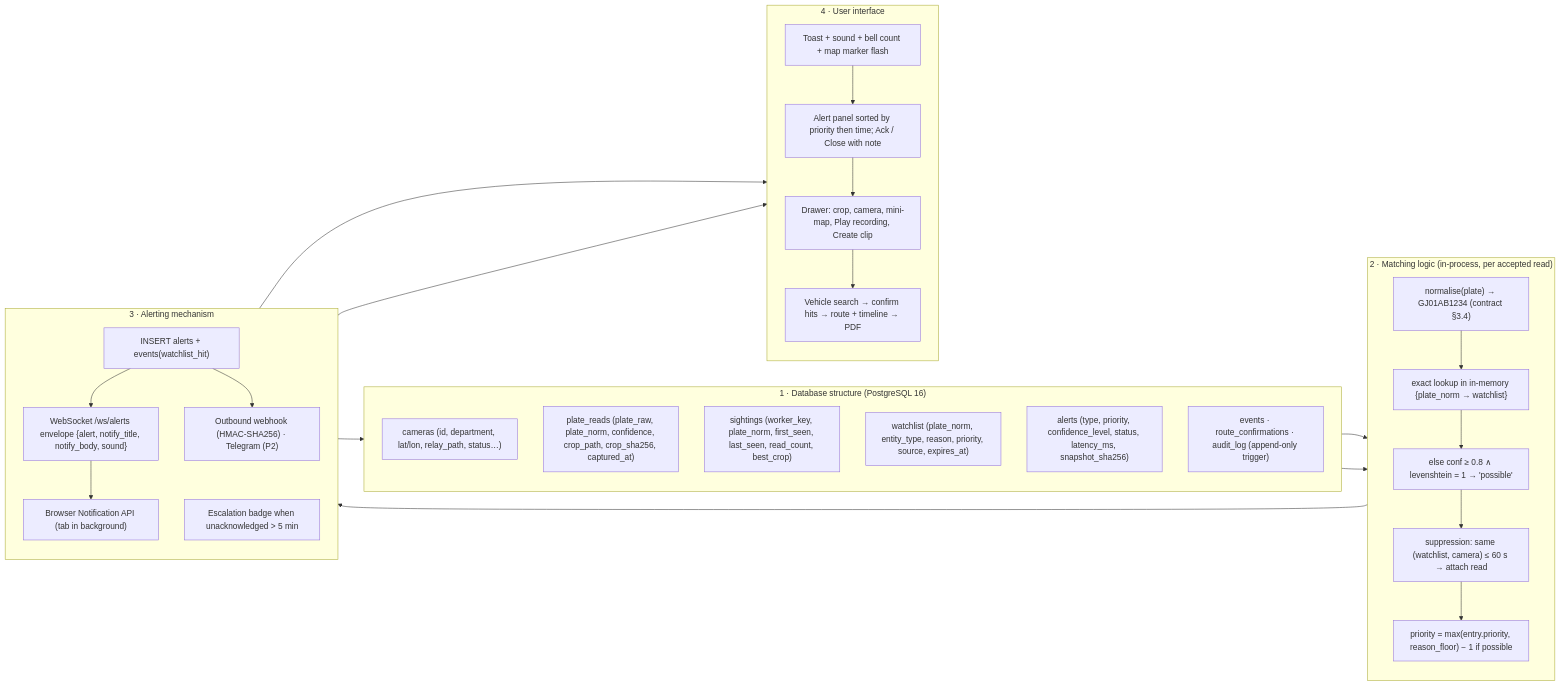
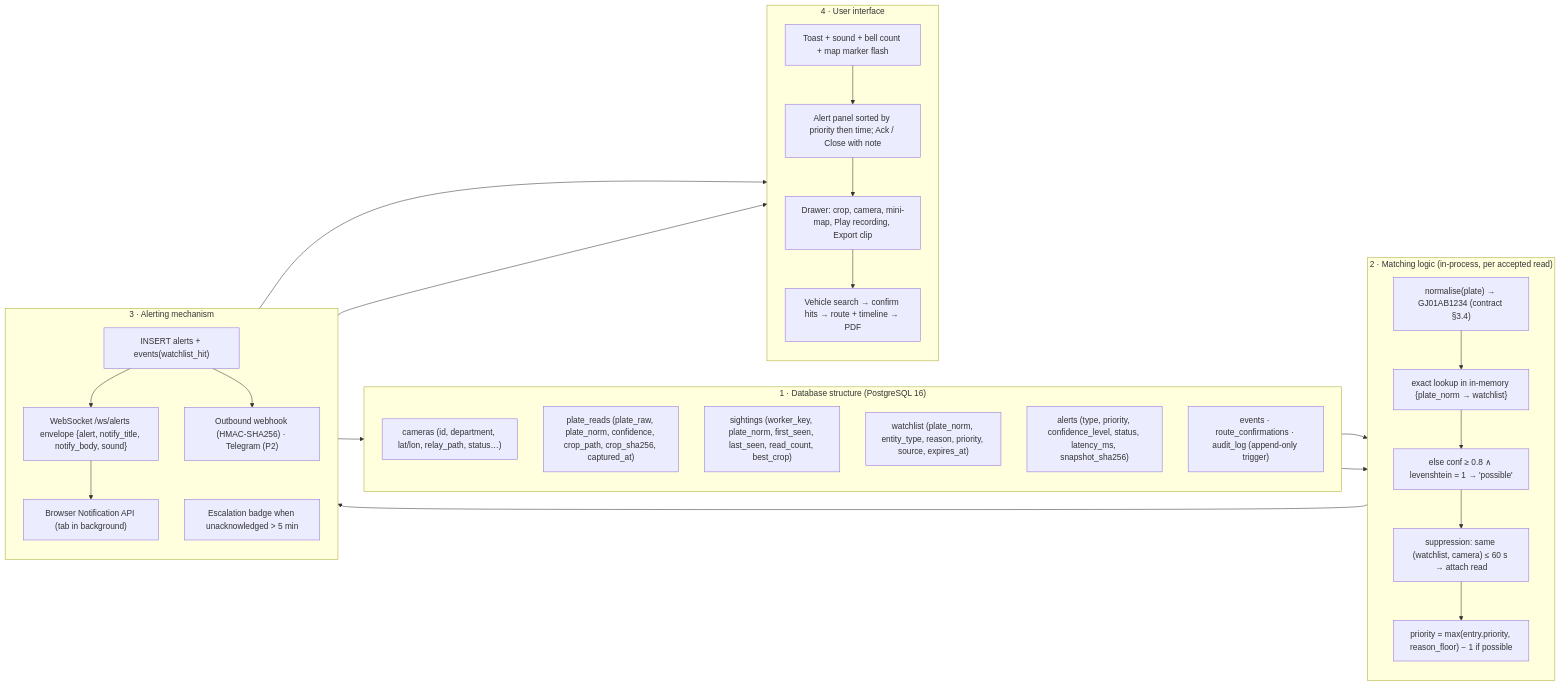
One commit to manishsoni123/Gujrat-police-hackathon changed the diagram in docs/diagrams/06-integration-workflow.mmd. Above: the diagram before and after it, drawn with Mermaid. The commit also changed 181 other files, not shown here.

```diff
--- a/docs/diagrams/06-integration-workflow.mmd
+++ b/docs/diagrams/06-integration-workflow.mmd
@@ -1,44 +1,44 @@
 %% Sentinel Gujarat – the four-box "complete integration workflow" the portal requires
 %% (database structure · matching logic · alerting mechanism · user interface)
 flowchart LR
   subgraph DBX["1 · Database structure (PostgreSQL 16)"]
     direction TB
     D1["cameras (id, department, lat/lon, relay_path, status…)"]
     D2["plate_reads (plate_raw, plate_norm, confidence, crop_path, crop_sha256, captured_at)"]
     D3["sightings (worker_key, plate_norm, first_seen, last_seen, read_count, best_crop)"]
     D4["watchlist (plate_norm, entity_type, reason, priority, source, expires_at)"]
     D5["alerts (type, priority, confidence_level, status, latency_ms, snapshot_sha256)"]
     D6["events · route_confirmations · audit_log (append-only trigger)"]
   end
   subgraph ML["2 · Matching logic (in-process, per accepted read)"]
     direction TB
     M1["normalise(plate) → GJ01AB1234 (contract §3.4)"]
     M2["exact lookup in in-memory {plate_norm → watchlist}"]
     M3["else conf ≥ 0.8 ∧ levenshtein = 1 → 'possible'"]
     M4["suppression: same (watchlist, camera) ≤ 60 s → attach read"]
     M5["priority = max(entry.priority, reason_floor) − 1 if possible"]
   end
   subgraph AL["3 · Alerting mechanism"]
     direction TB
     A1["INSERT alerts + events(watchlist_hit)"]
     A2["WebSocket /ws/alerts envelope {alert, notify_title, notify_body, sound}"]
     A3["Browser Notification API (tab in background)"]
     A4["Outbound webhook (HMAC-SHA256) · Telegram (P2)"]
     A5["Escalation badge when unacknowledged > 5 min"]
   end
   subgraph UIX["4 · User interface"]
     direction TB
     U1["Toast + sound + bell count + map marker flash"]
     U2["Alert panel sorted by priority then time; Ack / Close with note"]
-    U3["Drawer: crop, camera, mini-map, Play recording, Create clip"]
+    U3["Drawer: crop, camera, mini-map, Play recording, Export clip"]
     U4["Vehicle search → confirm hits → route + timeline → PDF"]
   end
   D2 --> M1
   D4 --> M2
   M1 --> M2 --> M3 --> M4 --> M5 --> A1
   A1 --> D5
   A1 --> A2 --> U1
   A2 --> A3
   A1 --> A4
   A5 --> U2
   U1 --> U2 --> U3 --> U4
```
